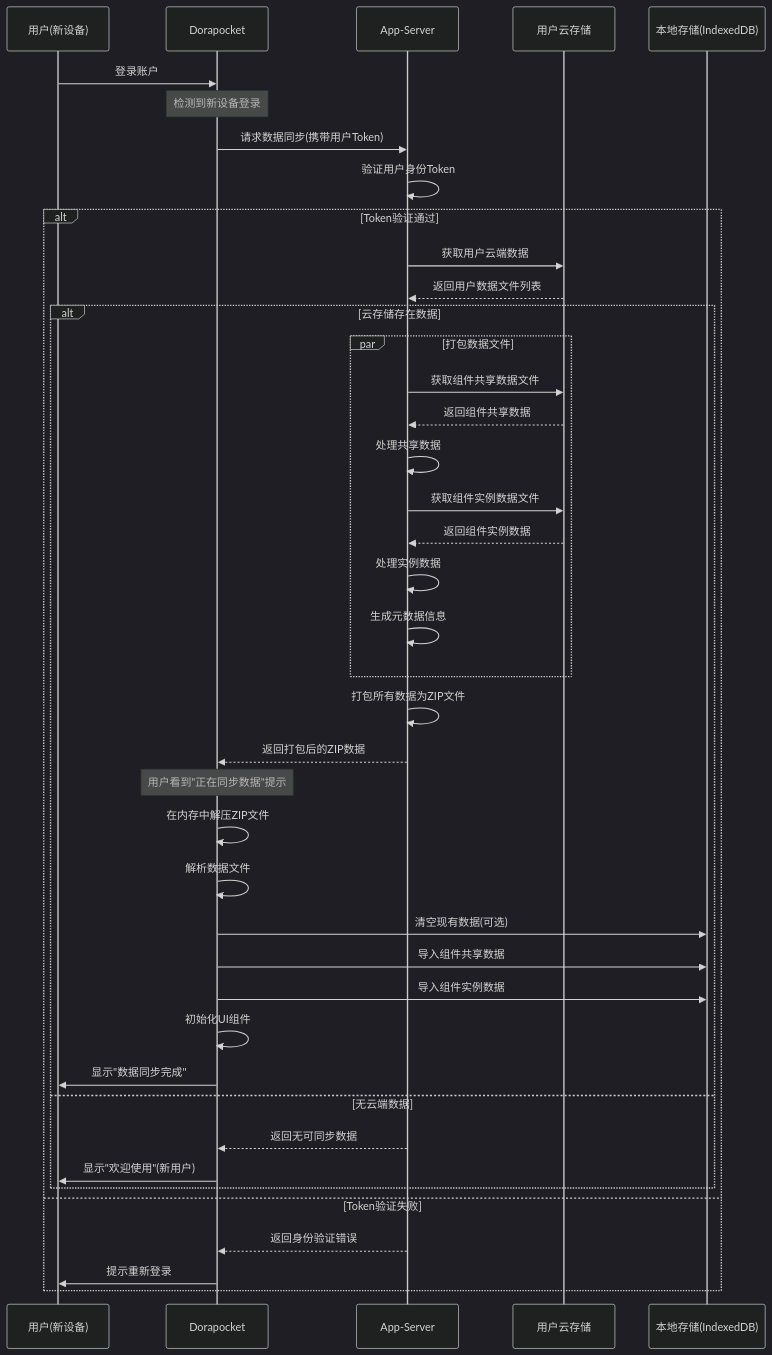
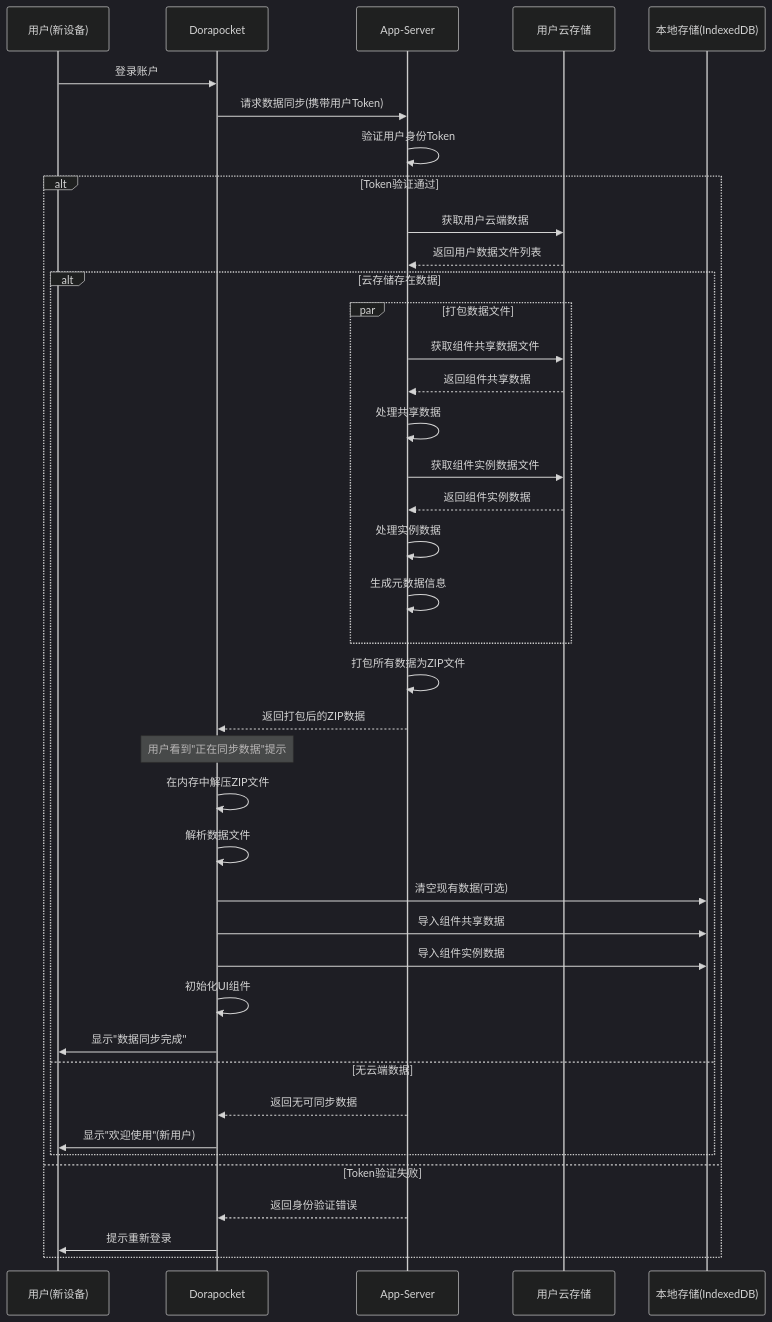
The diagram in all/未命名-38.md (yingjianzh/iodraw-files), drawn with Mermaid (dark theme) before and after one commit.

Commit message:
2025-04-21 13:53:09 update

````diff
--- a/all/未命名-38.md
+++ b/all/未命名-38.md
@@ -1,54 +1,54 @@
 ```mermaid
 sequenceDiagram
     participant User as 用户(新设备)
     participant App as Dorapocket
     participant AppServer as App-Server
     participant UserCloud as 用户云存储
     participant LocalDB as 本地存储(IndexedDB)
     
     User->>App: 登录账户
-    Note over App: 检测到新设备登录
+    
     
     App->>AppServer: 请求数据同步(携带用户Token)
     AppServer->>AppServer: 验证用户身份Token
     
     alt Token验证通过
         AppServer->>UserCloud: 获取用户云端数据
         UserCloud-->>AppServer: 返回用户数据文件列表
         
         alt 云存储存在数据
             par 打包数据文件
                 AppServer->>UserCloud: 获取组件共享数据文件
                 UserCloud-->>AppServer: 返回组件共享数据
                 AppServer->>AppServer: 处理共享数据
                 
                 AppServer->>UserCloud: 获取组件实例数据文件
                 UserCloud-->>AppServer: 返回组件实例数据
                 AppServer->>AppServer: 处理实例数据
                 
                 AppServer->>AppServer: 生成元数据信息
             end
             
             AppServer->>AppServer: 打包所有数据为ZIP文件
             AppServer-->>App: 返回打包后的ZIP数据
             
             Note over App: 用户看到"正在同步数据"提示
             
             App->>App: 在内存中解压ZIP文件
             App->>App: 解析数据文件
             
             App->>LocalDB: 清空现有数据(可选)
             App->>LocalDB: 导入组件共享数据
             App->>LocalDB: 导入组件实例数据
             
             App->>App: 初始化UI组件
             App->>User: 显示"数据同步完成"
         else 无云端数据
             AppServer-->>App: 返回无可同步数据
             App->>User: 显示"欢迎使用"(新用户)
         end
     else Token验证失败
         AppServer-->>App: 返回身份验证错误
         App->>User: 提示重新登录
     end
 ```
````
